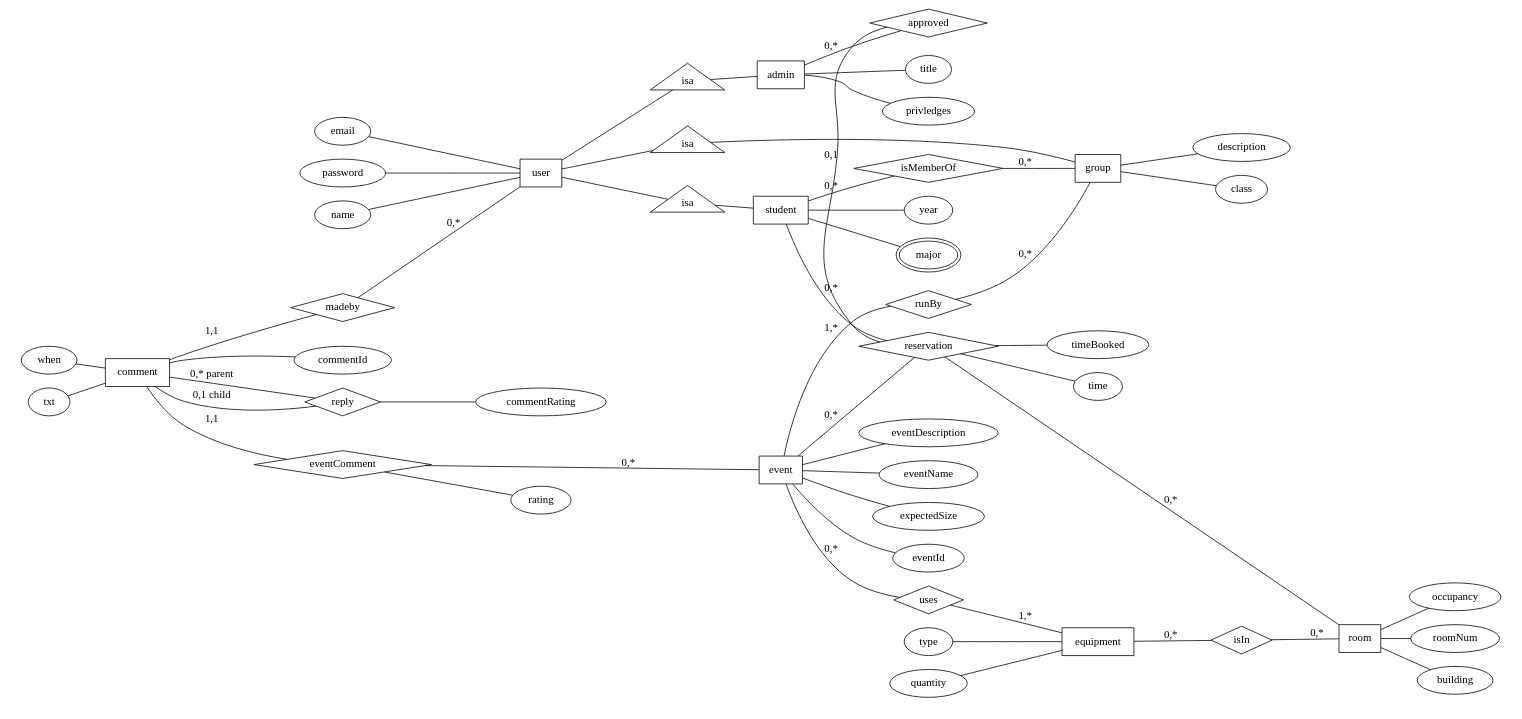
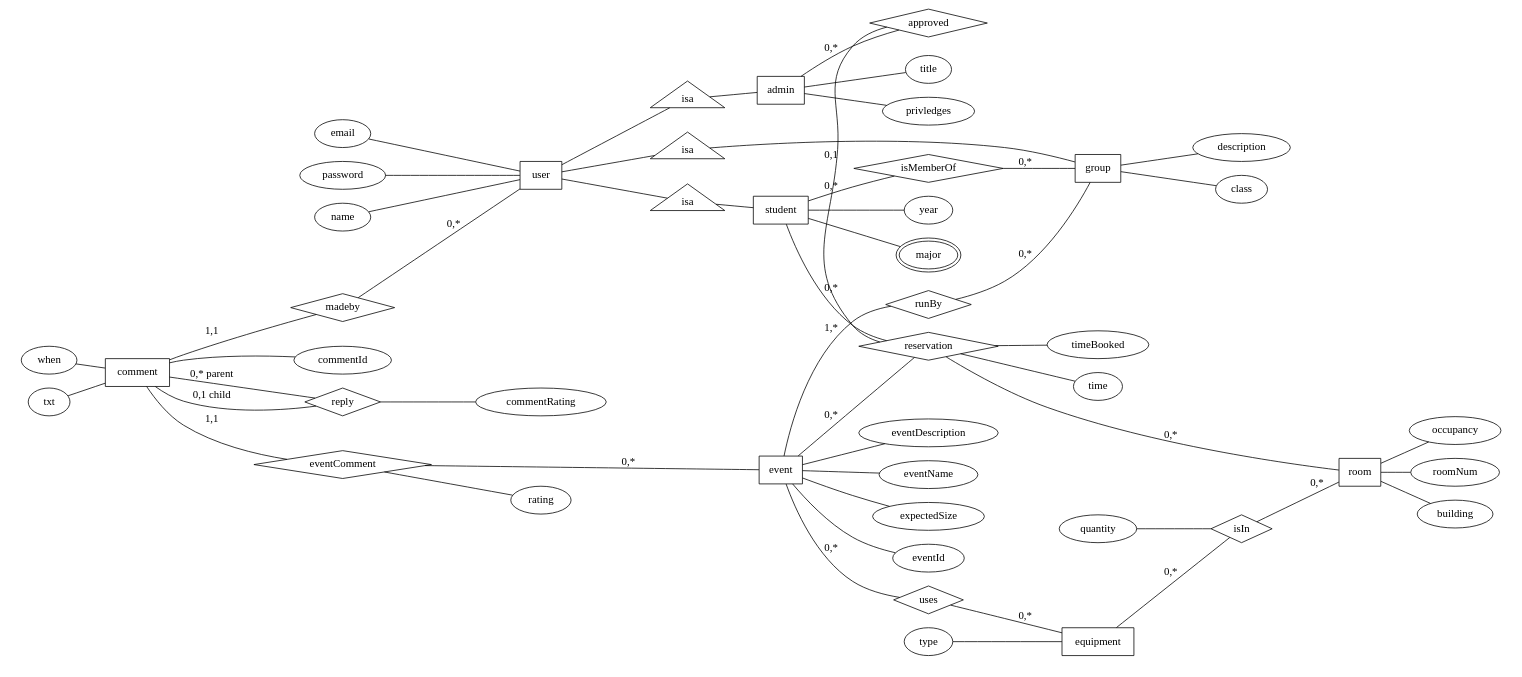
The diagram in ERmodel.dot (AstraLuma/restracker), drawn with Graphviz before and after one commit. The commit also changed 1 other file, not shown here.

```diff
--- a/ERmodel.dot
+++ b/ERmodel.dot
@@ -1,145 +1,145 @@
 graph{
 rankdir=LR;
 
 group [shape=box];
 event [shape=box];
 user [shape=box];
 admin [shape=box];
 student [shape=box];
 room [shape=box];
 //session [shape=box];
 comment [shape=box];
 equipment [shape=box];
 
 isaadmin [shape=triangle,label=isa];
 isastudent [shape=triangle,label=isa];
 isagroup [shape=triangle,label=isa];
 
 isMemberOf [shape=diamond];
 reservation [shape=diamond]; //make this an entity and relations not one-to-one?
 //loggedIn [shape=diamond];
 eventComment [shape=diamond];
 madeby [shape=diamond];
 reply [shape=diamond];
 isIn [shape=diamond];
 uses [shape=diamond];
 runBy [shape=diamond];
 approved [shape=diamond];
 
 //stuff[peripheries=2];
 major [peripheries=2];
 
 //session--loggedIn [label="0,1"];
 //loggedIn--user [label="0,*"];
 
 eventComment--event [label="0,*"];
 comment--eventComment [label="1,1"];
 comment--madeby [label="1,1"];
 madeby--user [label="0,*"];
 
 
 
 equipment--isIn [label="0,*"];
 isIn--room [label="0,*"];
 
 event--runBy [label="1,*"];
 runBy--group [label="0,*"];
 event--uses [label="0,*"];
-uses--equipment [label="1,*"];
+uses--equipment [label="0,*"]; //why was this a 1,*?
 
 //primary key of reservation is room and time?
 student--reservation [label="0,*"];
 reservation--room [label="0,*"];
 reservation--event [label="0,*"]; //events can be in un-reservable places
 admin--approved [label="0,*"];
 approved--reservation [label="0,1"];
 
 //attributes
 subgraph cluster_users{
 style=invis;
 user--isastudent--student;
 user--isaadmin--admin;
 user--isagroup--group;
 
 
 student--isMemberOf [label="0,*"];
 isMemberOf--group [label="0,*"];
 
 
 subgraph cluster_usergraph {
 style=invis;
 
 name--user;
 email--user; //key
 password--user;
 }
 subgraph cluster_studentgraph{
 style=invis;
 
 student--year;
 student--major;
 }
 
 subgraph cluster_admingraph{
 style=invis;
 
 admin--privledges;
 admin--title;
 }
 
 subgraph cluster_groupgraph{
 style=invis;
 
 group--class;
 group--description;
 //group--groupName; //key
 //group--groupEmail; 
 }
 }
 
 subgraph cluster_roomgraph{
 style=invis;
 
 room--building; //key
 room--roomNum; //key
 room--occupancy;
 //stuff--room;
 }
 
 subgraph cluster_eventgraph{
 style=invis;
 
 event--eventName;
 event--eventDescription;
 event--eventId; //key
 event--expectedSize;
 }
 
 subgraph cluster_reservationgraph{
 style=invis;
 
 reservation--time;
 reservation--timeBooked;
 }
 
 eventComment--rating;
 
 subgraph cluster_commentgraph{
 style=invis;
 
 comment--reply [label="0,* parent"];
 reply--comment [label="0,1 child"];
 
 reply--commentRating;
 when--comment;
 txt--comment;
 comment--commentId; //key
 }
 
 subgraph cluster_equipmentgraph{
 style=invis;
 
 type--equipment;
-quantity--equipment;
 }
+quantity--isIn;
 }
```
